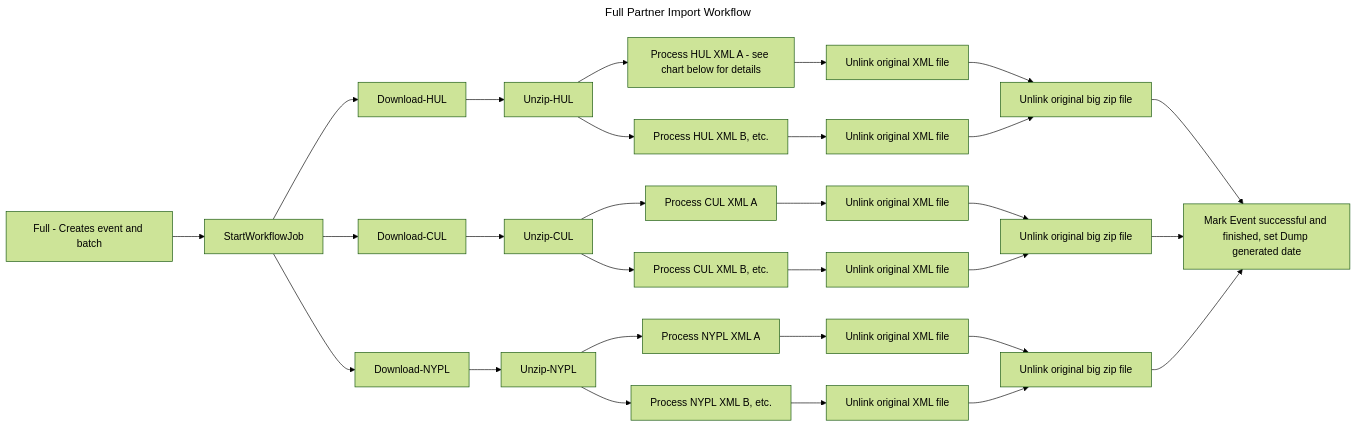
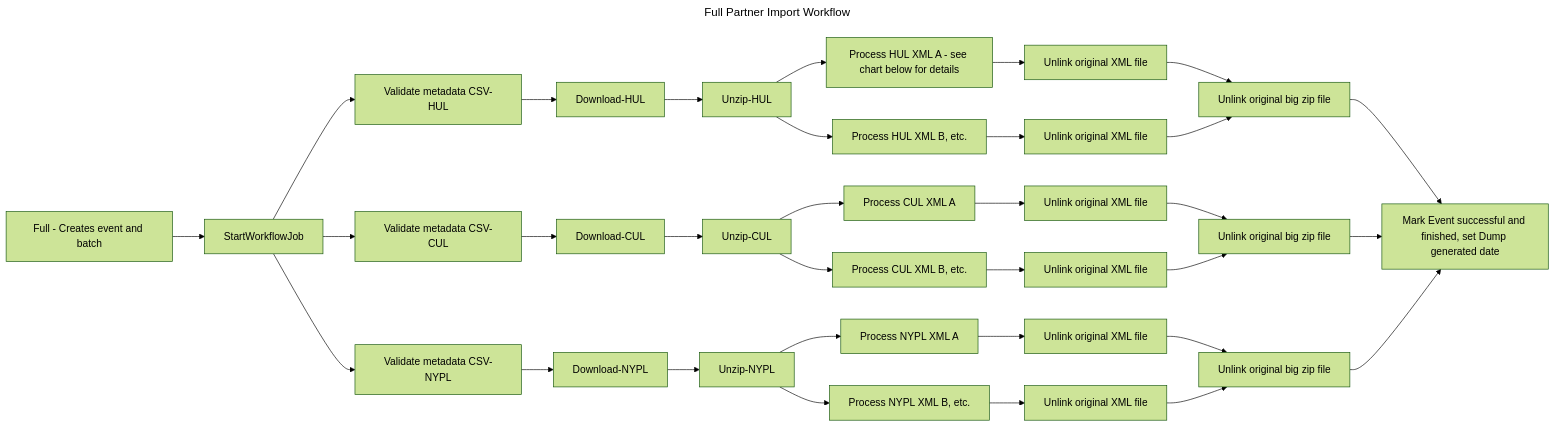
One commit to pulibrary/bibdata changed the first of 2 diagrams in docs/scsb/dump_files.md. Above: the diagram before and after it, drawn with Mermaid (forest theme). The commit also changed 6 other files, not shown here.

Commit message:
Put CSV Validation into its own child job, run download & process in callback

````diff
--- a/docs/scsb/dump_files.md
+++ b/docs/scsb/dump_files.md
@@ -23,32 +23,35 @@
 ```mermaid
 ---
 title: Full Partner Import Workflow
 ---
 graph LR;
     A[Full - Creates event and batch]-->B[StartWorkflowJob];
-    B --> C[Download-HUL] & D[Download-CUL] & E[Download-NYPL];
+    B --> NN[Validate metadata CSV-HUL] & OO[Validate metadata CSV-CUL] & PP[Validate metadata CSV-NYPL];
+    NN --> C[Download-HUL];
+    OO --> D[Download-CUL];
+    PP --> E[Download-NYPL];
     C --> F[Unzip-HUL];
     D --> G[Unzip-CUL];
     E --> H[Unzip-NYPL];
     F --> I[Process HUL XML A - see chart below for details];
     F --> J[Process HUL XML B, etc.];
     G --> K[Process CUL XML A];
     G --> L[Process CUL XML B, etc.];
     H --> M[Process NYPL XML A];
     H --> N[Process NYPL XML B, etc.];
     I --> DD[Unlink original XML file]
     DD --> JJ[Unlink original big zip file]
     J --> EE[Unlink original XML file]
     EE --> JJ[Unlink original big zip file]
     K --> FF[Unlink original XML file]
     FF --> KK[Unlink original big zip file]
     L --> GG[Unlink original XML file]
     GG --> KK[Unlink original big zip file]
     M --> HH[Unlink original XML file]
     HH --> LL[Unlink original big zip file]
     N --> II[Unlink original XML file]
     II --> LL[Unlink original big zip file]
     JJ --> MM[Mark Event successful and finished, set Dump generated date]
     KK --> MM
     LL --> MM
 ```
````
